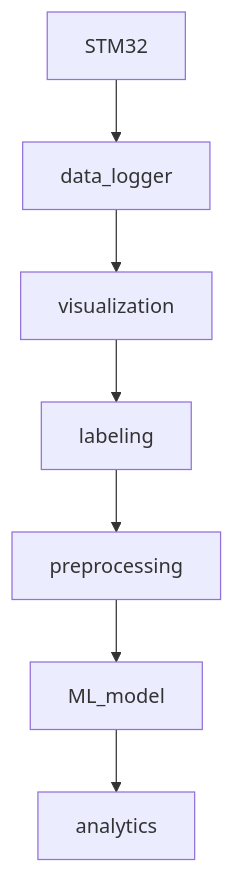
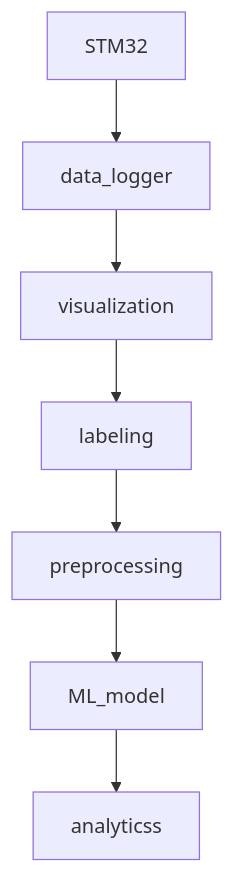
Before and after one commit to dAI-Bivanje-ai/dAI: the diagram in docs/architecture.md, drawn with Mermaid. The commit also changed 2 other files, not shown here.

Commit message:
SCRUM-79 - Vizualizacija okna spektrograma pre-processing

````diff
--- a/docs/architecture.md
+++ b/docs/architecture.md
@@ -25,9 +25,9 @@
 ```mermaid
 graph TD
     STM32 --> data_logger
     data_logger --> visualization
     visualization --> labeling
     labeling --> preprocessing
     preprocessing --> ML_model
-    ML_model --> analytics
+    ML_model --> analyticss
 ```
````
